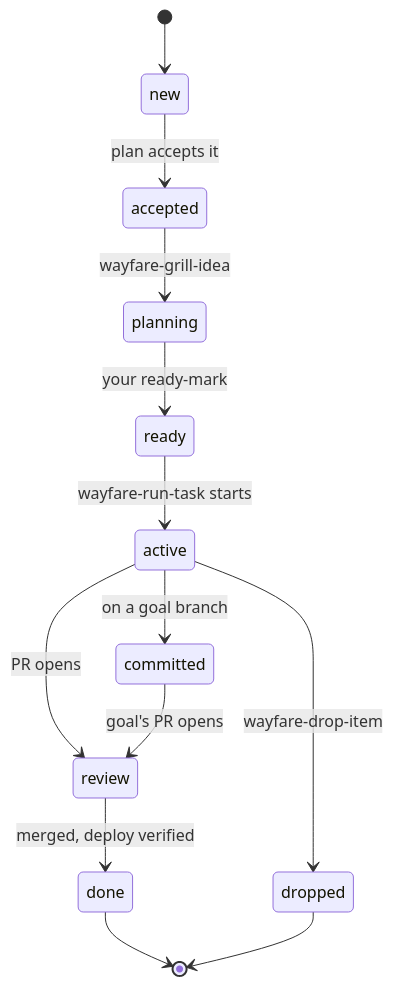
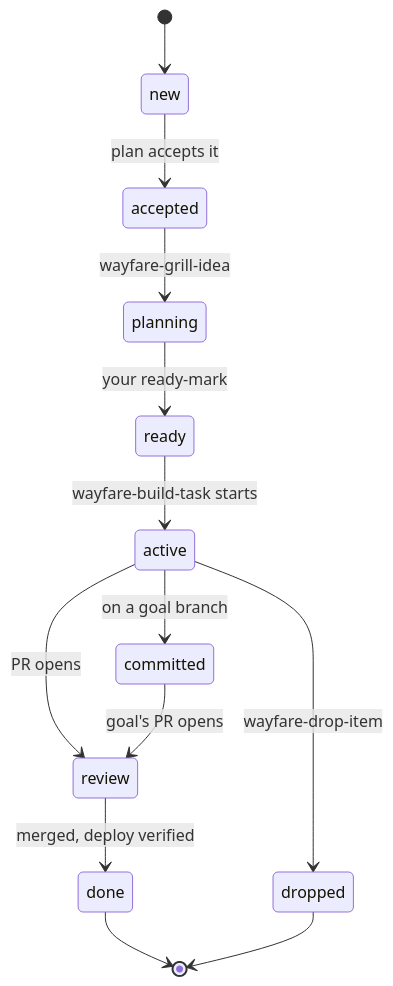
The second of 4 diagrams in README.md (ai-hero/hero-skills), drawn with Mermaid before and after one commit. The commit also changed other lines of this file and 42 other files, not shown here.

First line of the commit message:
refactor(skills): rename wayfare-run-task to wayfare-build-task (#121)

````diff
--- a/README.md
+++ b/README.md
@@ -106,15 +106,15 @@
 ```mermaid
 stateDiagram-v2
   [*] --> new
   new --> accepted: plan accepts it
   accepted --> planning: wayfare-grill-idea
   planning --> ready: your ready-mark
-  ready --> active: wayfare-run-task starts
+  ready --> active: wayfare-build-task starts
   active --> committed: on a goal branch
   active --> review: PR opens
   committed --> review: goal's PR opens
   review --> done: merged, deploy verified
   active --> dropped: wayfare-drop-item
   done --> [*]
   dropped --> [*]
 ```
````
